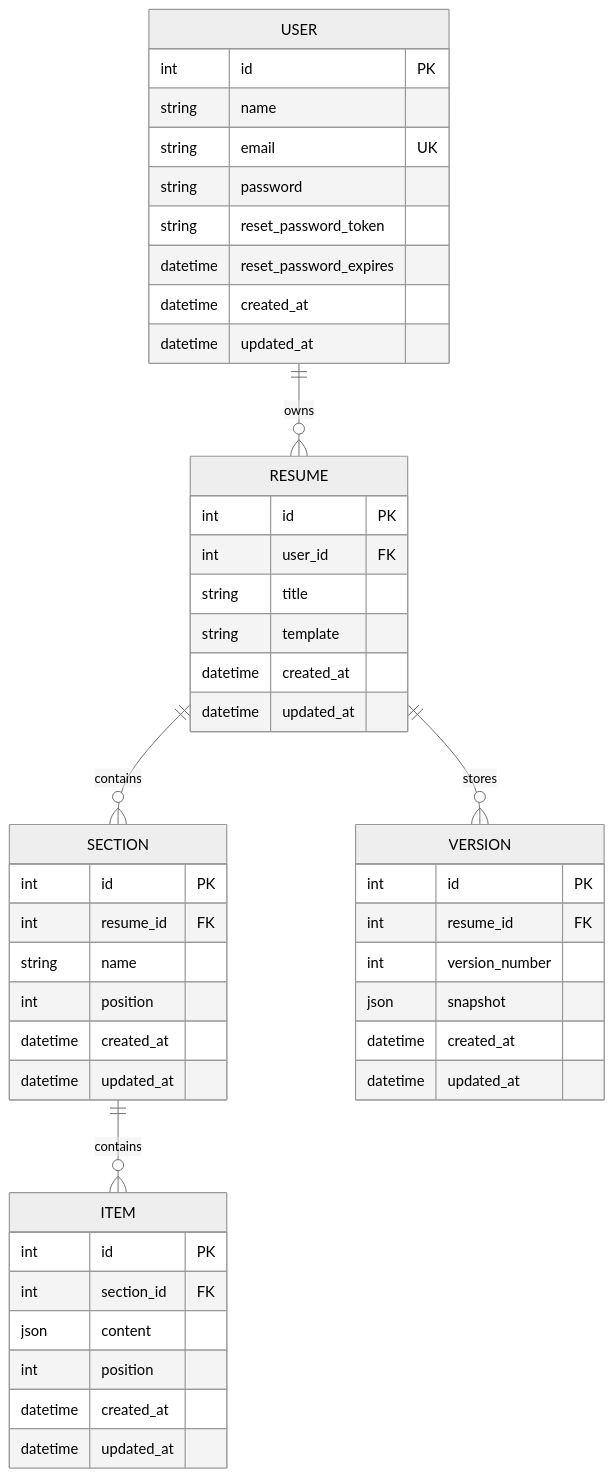
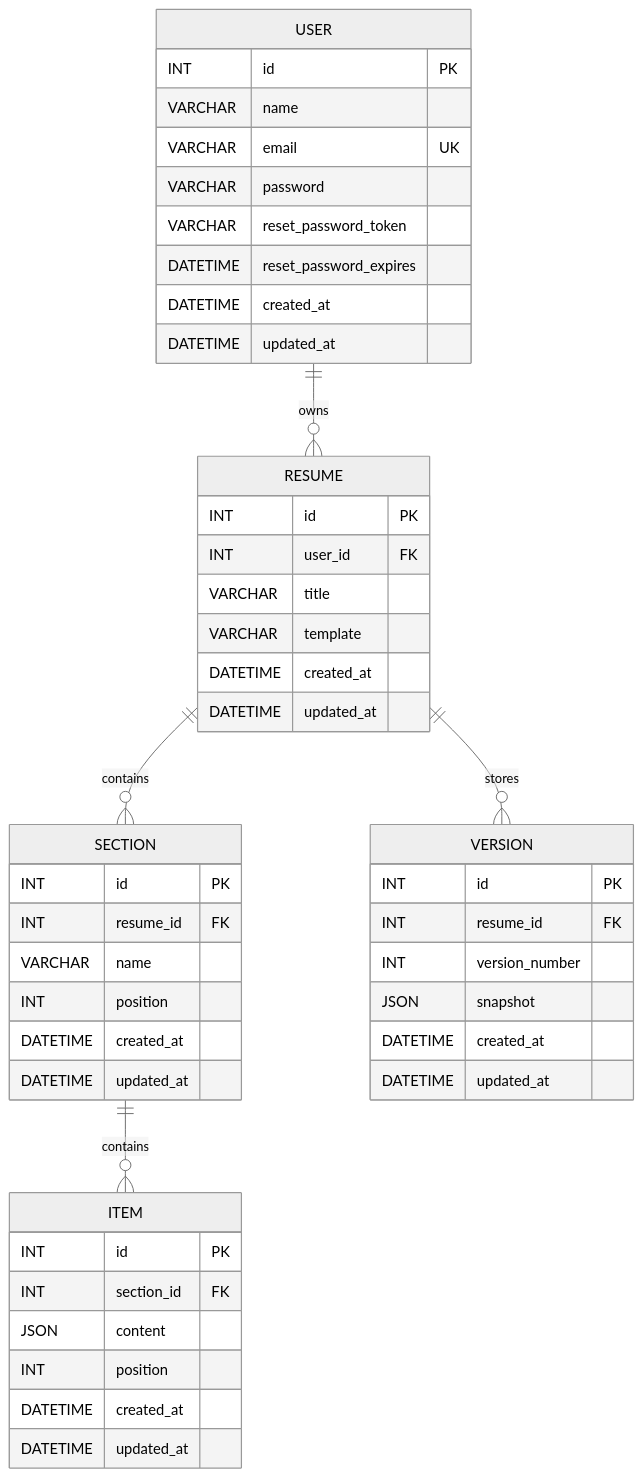
The diagram in README.md (its-deepesh/ResumeFlowAPI-v2), drawn with Mermaid (neutral theme) before and after one commit. The commit also changed other lines of this file, not shown here.

Commit message:
docs: add comprehensive ResumeFlow documentation

````diff
--- a/README.md
+++ b/README.md
@@ -143,54 +252,54 @@
 ```mermaid
 erDiagram
     USER ||--o{ RESUME : owns
     RESUME ||--o{ SECTION : contains
     SECTION ||--o{ ITEM : contains
     RESUME ||--o{ VERSION : stores
 
     USER {
-        int id PK
-        string name
-        string email UK
-        string password
-        string reset_password_token
-        datetime reset_password_expires
-        datetime created_at
-        datetime updated_at
+        INT id PK
+        VARCHAR name
+        VARCHAR email UK
+        VARCHAR password
+        VARCHAR reset_password_token
+        DATETIME reset_password_expires
+        DATETIME created_at
+        DATETIME updated_at
     }
 
     RESUME {
-        int id PK
-        int user_id FK
-        string title
-        string template
-        datetime created_at
-        datetime updated_at
+        INT id PK
+        INT user_id FK
+        VARCHAR title
+        VARCHAR template
+        DATETIME created_at
+        DATETIME updated_at
     }
 
     SECTION {
-        int id PK
-        int resume_id FK
-        string name
-        int position
-        datetime created_at
-        datetime updated_at
+        INT id PK
+        INT resume_id FK
+        VARCHAR name
+        INT position
+        DATETIME created_at
+        DATETIME updated_at
     }
 
     ITEM {
-        int id PK
-        int section_id FK
-        json content
-        int position
-        datetime created_at
-        datetime updated_at
+        INT id PK
+        INT section_id FK
+        JSON content
+        INT position
+        DATETIME created_at
+        DATETIME updated_at
     }
 
     VERSION {
-        int id PK
-        int resume_id FK
-        int version_number
-        json snapshot
-        datetime created_at
-        datetime updated_at
+        INT id PK
+        INT resume_id FK
+        INT version_number
+        JSON snapshot
+        DATETIME created_at
+        DATETIME updated_at
     }
 ```
````
